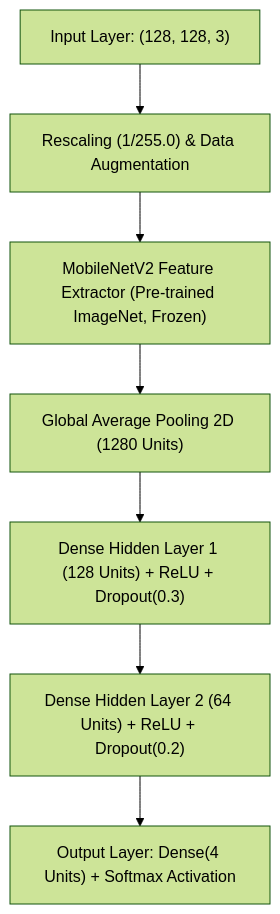
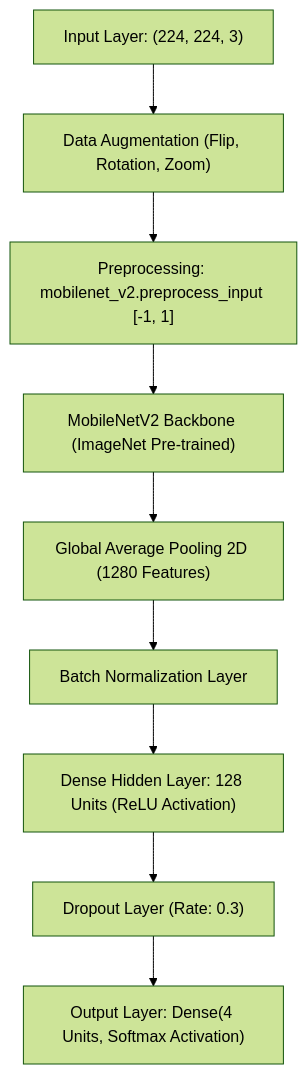
Before and after one commit to SwayamKohli/applied-generative-ai-labs: the second of 2 diagrams in smart-waste-classification-dnn/README.md, drawn with Mermaid (forest theme). The commit also changed other lines of this file and 1 other file, not shown here.

Commit message:
feat(waste-classification): complete lab 1 with 224x224 MobileNetV2 DNN, two-stage fine-tuning, and 1-page report

````diff
--- a/smart-waste-classification-dnn/README.md
+++ b/smart-waste-classification-dnn/README.md
@@ -90,9 +88,11 @@
 ```mermaid
 flowchart TD
-    In["Input Layer: (128, 128, 3)"] --> Norm["Rescaling (1/255.0) & Data Augmentation"]
-    Norm --> Base["MobileNetV2 Feature Extractor (Pre-trained ImageNet, Frozen)"]
-    Base --> GAP["Global Average Pooling 2D (1280 Units)"]
-    GAP --> D1["Dense Hidden Layer 1 (128 Units) + ReLU + Dropout(0.3)"]
-    D1 --> D2["Dense Hidden Layer 2 (64 Units) + ReLU + Dropout(0.2)"]
-    D2 --> Out["Output Layer: Dense(4 Units) + Softmax Activation"]
+    In["Input Layer: (224, 224, 3)"] --> Aug["Data Augmentation (Flip, Rotation, Zoom)"]
+    Aug --> Norm["Preprocessing: mobilenet_v2.preprocess_input [-1, 1]"]
+    Norm --> Backbone["MobileNetV2 Backbone (ImageNet Pre-trained)"]
+    Backbone --> GAP["Global Average Pooling 2D (1280 Features)"]
+    GAP --> BN["Batch Normalization Layer"]
+    BN --> Dense["Dense Hidden Layer: 128 Units (ReLU Activation)"]
+    Dense --> Drop["Dropout Layer (Rate: 0.3)"]
+    Drop --> Out["Output Layer: Dense(4 Units, Softmax Activation)"]
 ```
````
